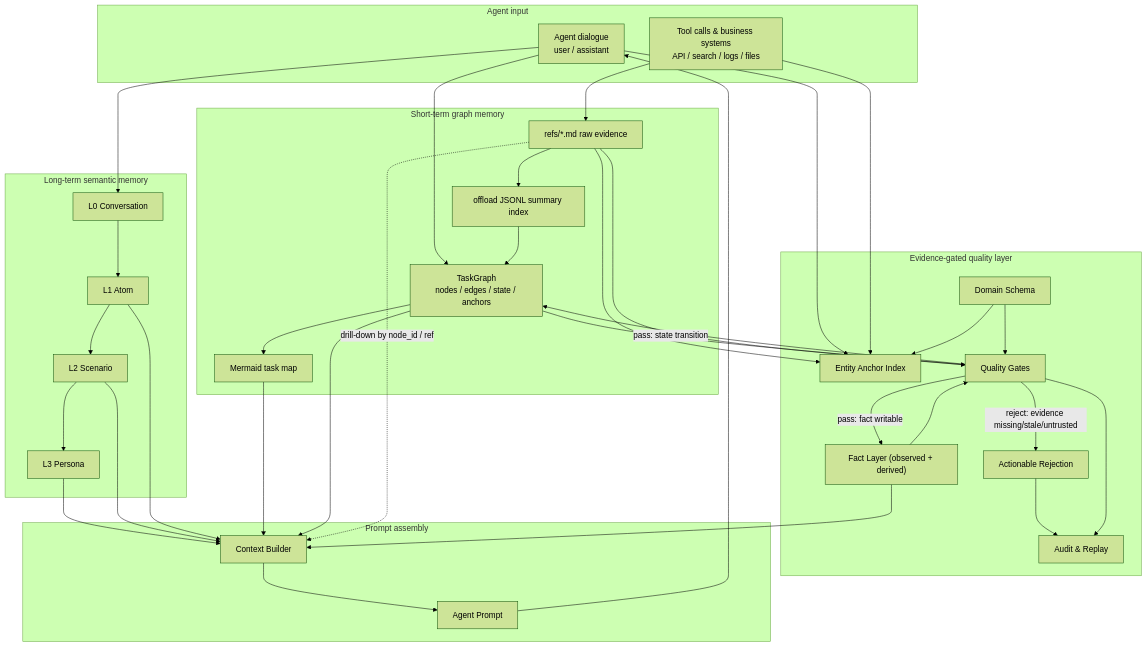
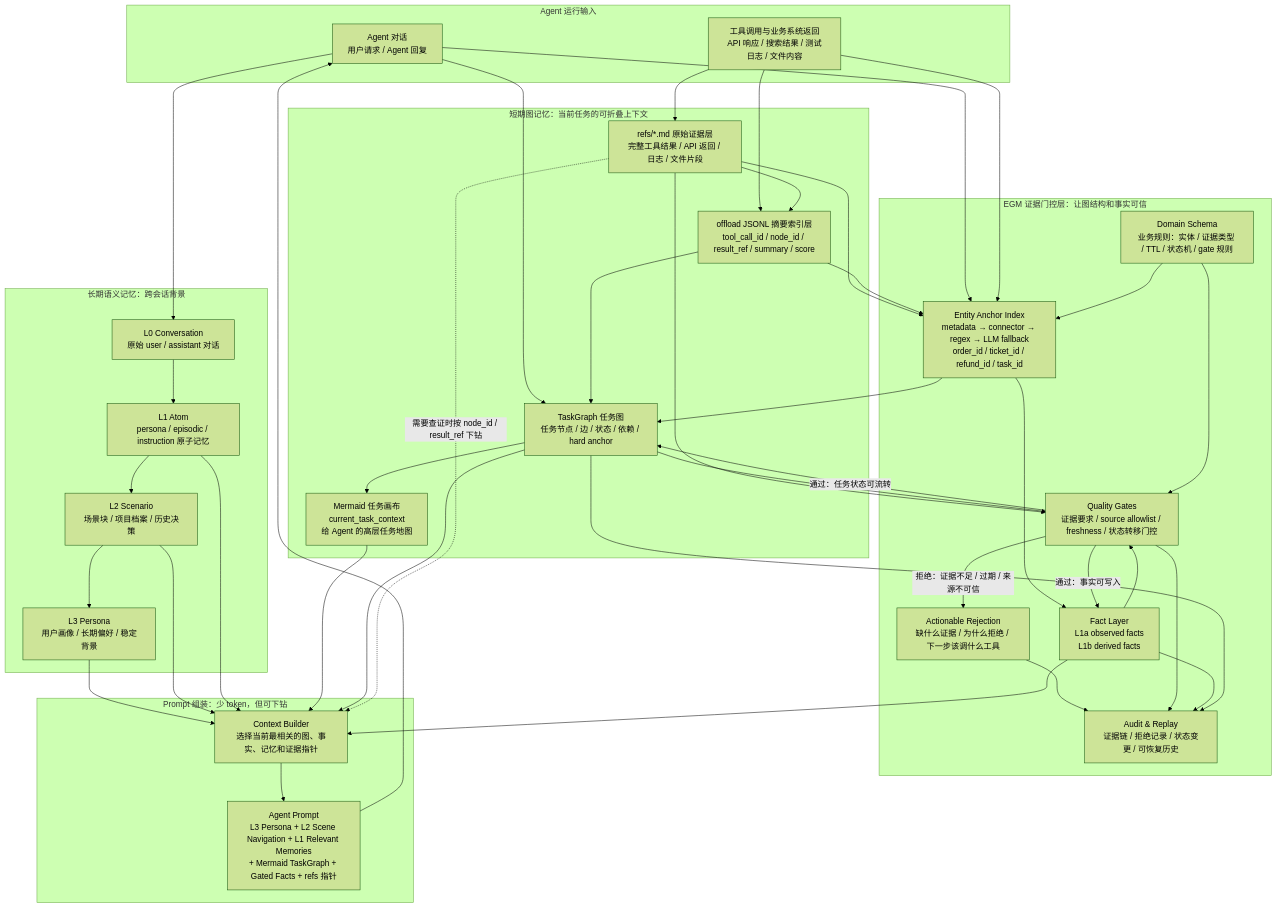
One commit to yushui2022/Evidence-Gated-Memory changed the diagram in README.md. Above: the diagram before and after it, drawn with Mermaid (forest theme). The commit also changed other lines of this file, not shown here.

Commit message:
docs: add README architecture map

````diff
--- a/README.md
+++ b/README.md
@@ -167,61 +52,81 @@
 ```mermaid
 flowchart TD
-    subgraph INPUT["Agent input"]
-        A["Agent dialogue<br/>user / assistant"]
-        T["Tool calls & business systems<br/>API / search / logs / files"]
+    subgraph INPUT["Agent 运行输入"]
+        A["Agent 对话<br/>用户请求 / Agent 回复"]
+        T["工具调用与业务系统返回<br/>API 响应 / 搜索结果 / 测试日志 / 文件内容"]
     end
 
-    subgraph SHORT["Short-term graph memory"]
-        R["refs/*.md raw evidence"]
-        O["offload JSONL summary index"]
-        G["TaskGraph<br/>nodes / edges / state / anchors"]
-        M["Mermaid task map"]
+    subgraph SHORT["短期图记忆：当前任务的可折叠上下文"]
+        R["refs/*.md 原始证据层<br/>完整工具结果 / API 返回 / 日志 / 文件片段"]
+        O["offload JSONL 摘要索引层<br/>tool_call_id / node_id / result_ref / summary / score"]
+        G["TaskGraph 任务图<br/>任务节点 / 边 / 状态 / 依赖 / hard anchor"]
+        M["Mermaid 任务画布<br/>current_task_context<br/>给 Agent 的高层任务地图"]
     end
 
-    subgraph LONG["Long-term semantic memory"]
-        L0["L0 Conversation"]
-        L1["L1 Atom"]
-        L2["L2 Scenario"]
-        L3["L3 Persona"]
+    subgraph LONG["长期语义记忆：跨会话背景"]
+        L0["L0 Conversation<br/>原始 user / assistant 对话"]
+        L1["L1 Atom<br/>persona / episodic / instruction 原子记忆"]
+        L2["L2 Scenario<br/>场景块 / 项目档案 / 历史决策"]
+        L3["L3 Persona<br/>用户画像 / 长期偏好 / 稳定背景"]
     end
 
-    subgraph EGM["Evidence-gated quality layer"]
-        S["Domain Schema"]
-        E["Entity Anchor Index"]
-        F["Fact Layer (observed + derived)"]
-        Q["Quality Gates"]
-        X["Actionable Rejection"]
-        AU["Audit & Replay"]
+    subgraph EGM["EGM 证据门控层：让图结构和事实可信"]
+        S["Domain Schema<br/>业务规则：实体 / 证据类型 / TTL / 状态机 / gate 规则"]
+        E["Entity Anchor Index<br/>metadata → connector → regex → LLM fallback<br/>order_id / ticket_id / refund_id / task_id"]
+        F["Fact Layer<br/>L1a observed facts<br/>L1b derived facts"]
+        Q["Quality Gates<br/>证据要求 / source allowlist / freshness / 状态转移门控"]
+        X["Actionable Rejection<br/>缺什么证据 / 为什么拒绝 / 下一步该调什么工具"]
+        AU["Audit & Replay<br/>证据链 / 拒绝记录 / 状态变更 / 可恢复历史"]
     end
 
-    subgraph PROMPT["Prompt assembly"]
-        C["Context Builder"]
-        P["Agent Prompt"]
+    subgraph PROMPT["Prompt 组装：少 token，但可下钻"]
+        C["Context Builder<br/>选择当前最相关的图、事实、记忆和证据指针"]
+        P["Agent Prompt<br/>L3 Persona + L2 Scene Navigation + L1 Relevant Memories<br/>+ Mermaid TaskGraph + Gated Facts + refs 指针"]
     end
 
     A --> L0
     A --> G
-    T --> R --> O --> G --> M
-    L0 --> L1 --> L2 --> L3
+
+    T --> R
+    T --> O
+    R --> O
+    O --> G
+    G --> M
+
+    L0 --> L1
+    L1 --> L2
+    L2 --> L3
+
     A --> E
     T --> E
     R --> E
+    O --> E
+    E --> G
+    E --> F
+
     S --> E
     S --> Q
+
     R --> Q
     F --> Q
     G --> Q
-    Q -->|pass: fact writable| F
-    Q -->|pass: state transition| G
-    Q -->|reject: evidence missing/stale/untrusted| X
+
+    Q -->|"通过：事实可写入"| F
+    Q -->|"通过：任务状态可流转"| G
+    Q -->|"拒绝：证据不足 / 过期 / 来源不可信"| X
     X --> AU
     Q --> AU
+    F --> AU
+    G --> AU
+
     L3 --> C
     L2 --> C
     L1 --> C
     M --> C
     G --> C
     F --> C
-    R -. "drill-down by node_id / ref" .-> C
-    C --> P --> A
+    R -. "需要查证时按 node_id / result_ref 下钻" .-> C
+
+    C --> P
+    P --> A
 ```
````
